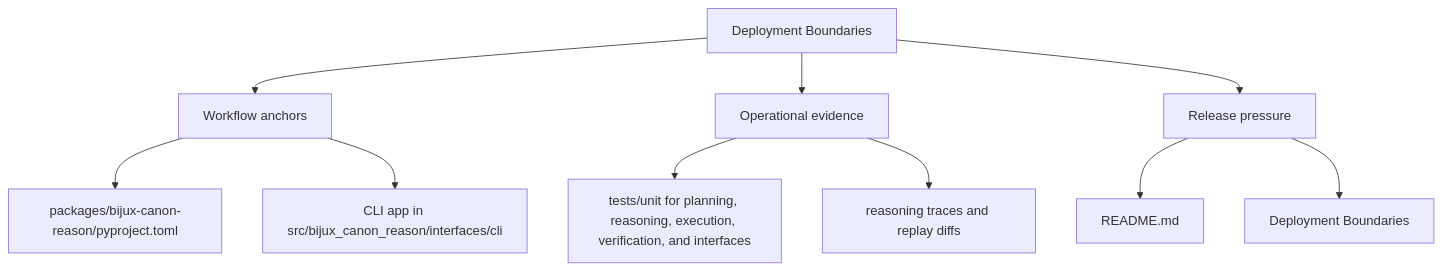
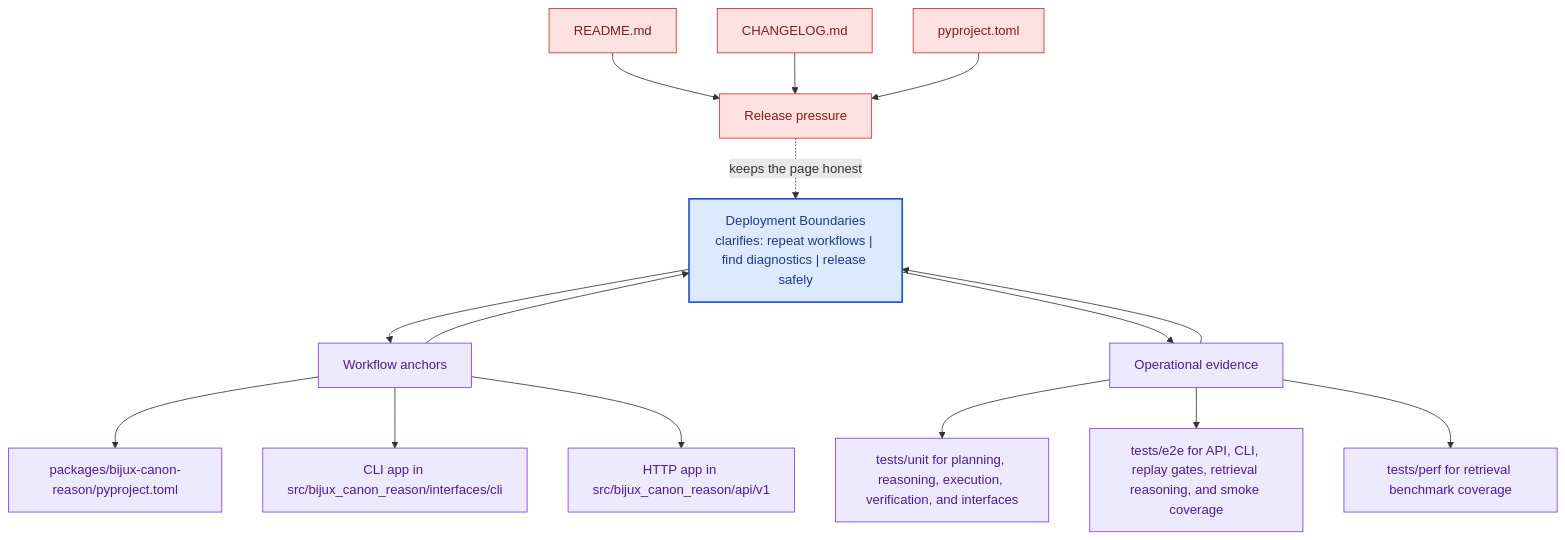
Before and after one commit to bijux/bijux-canon: the second of 2 diagrams in docs/bijux-canon-reason/operations/deployment-boundaries.md, drawn with Mermaid. The commit also changed other lines of this file and 281 other files, not shown here.

Commit message:
docs(diagrams): deepen handbook mermaid maps across the catalog

````diff
--- a/docs/bijux-canon-reason/operations/deployment-boundaries.md
+++ b/docs/bijux-canon-reason/operations/deployment-boundaries.md
@@ -34,22 +67,41 @@
 ```mermaid
-flowchart TD
-    page["Deployment Boundaries"]
+flowchart TB
+    promise["Deployment Boundaries<br/>clarifies: repeat workflows | find diagnostics | release safely"]
+    classDef promise fill:#dbeafe,stroke:#1d4ed8,color:#1e3a8a,stroke-width:2px;
+    classDef driver fill:#dcfce7,stroke:#16a34a,color:#14532d;
+    classDef constraint fill:#fee2e2,stroke:#dc2626,color:#7f1d1d;
+    classDef ground fill:#ede9fe,stroke:#7c3aed,color:#4c1d95;
     focus1["Workflow anchors"]
-    page --> focus1
+    focus1 --> promise
+    promise --> focus1
     focus1_1["packages/bijux-canon-reason/pyproject.toml"]
     focus1 --> focus1_1
     focus1_2["CLI app in src/bijux_canon_reason/interfaces/cli"]
     focus1 --> focus1_2
+    focus1_3["HTTP app in src/bijux_canon_reason/api/v1"]
+    focus1 --> focus1_3
+    class focus1 ground;
+    class focus1_1,focus1_2,focus1_3 ground;
     focus2["Operational evidence"]
-    page --> focus2
+    focus2 --> promise
+    promise --> focus2
     focus2_1["tests/unit for planning, reasoning, execution, verification, and interfaces"]
     focus2 --> focus2_1
-    focus2_2["reasoning traces and replay diffs"]
+    focus2_2["tests/e2e for API, CLI, replay gates, retrieval reasoning, and smoke coverage"]
     focus2 --> focus2_2
+    focus2_3["tests/perf for retrieval benchmark coverage"]
+    focus2 --> focus2_3
+    class focus2 ground;
+    class focus2_1,focus2_2,focus2_3 ground;
     focus3["Release pressure"]
-    page --> focus3
+    focus3 -.keeps the page honest.-> promise
     focus3_1["README.md"]
-    focus3 --> focus3_1
-    focus3_2["Deployment Boundaries"]
-    focus3 --> focus3_2
+    focus3_1 --> focus3
+    focus3_2["CHANGELOG.md"]
+    focus3_2 --> focus3
+    focus3_3["pyproject.toml"]
+    focus3_3 --> focus3
+    class focus3 constraint;
+    class focus3_1,focus3_2,focus3_3 constraint;
+    class promise promise;
 ```
````
